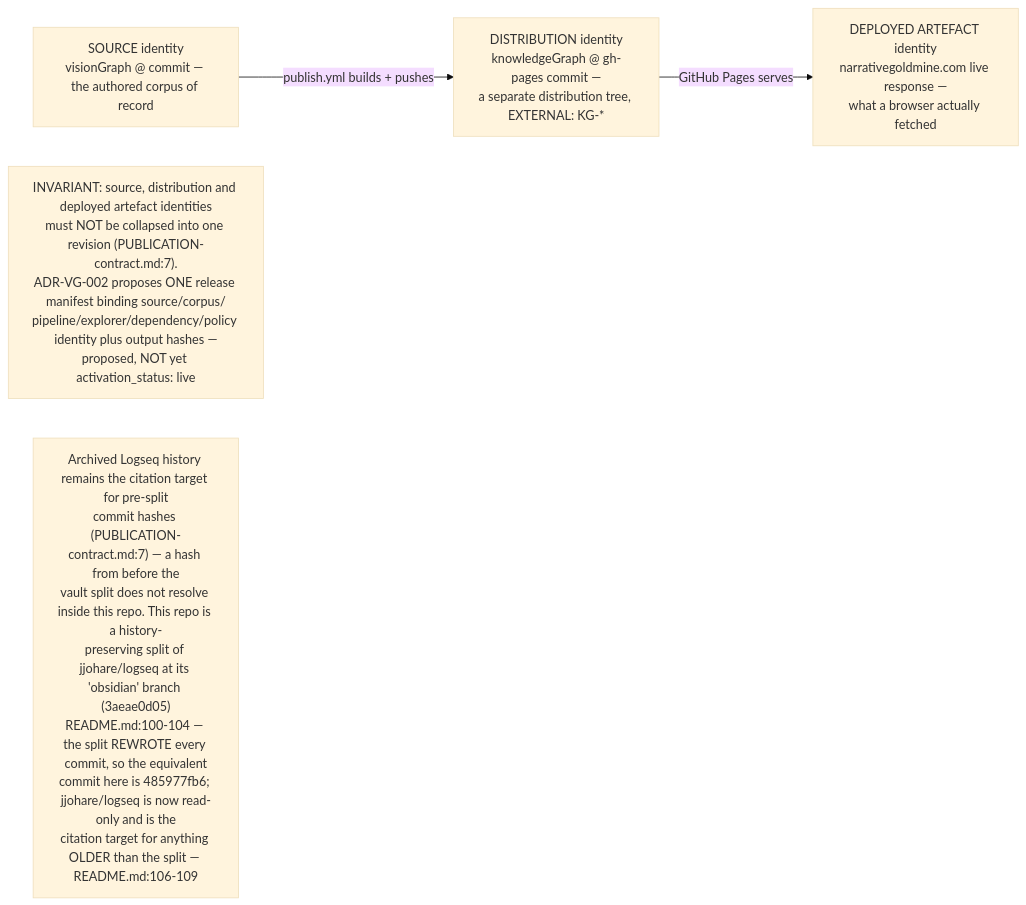
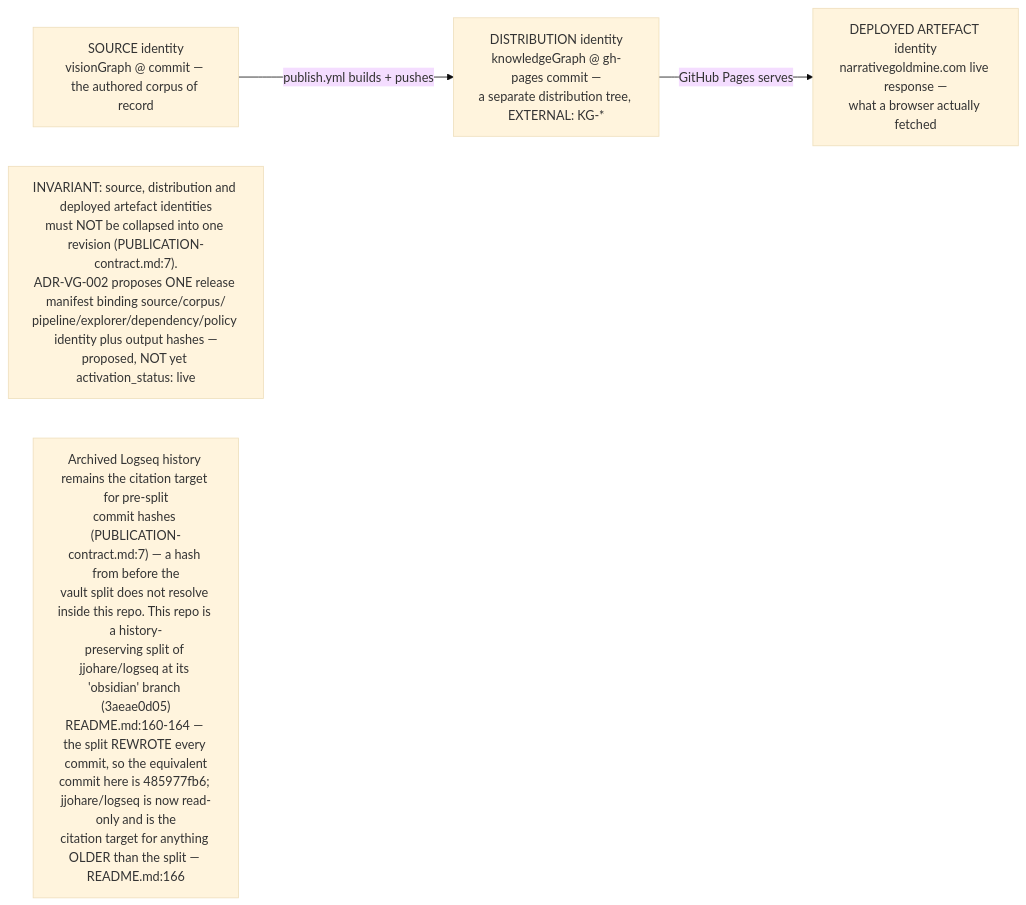
One commit to DreamLab-AI/VisionFlow changed the second of 2 diagrams in docs/diagrams/visiongraph/04-downstream-contracts.md. Above: the diagram before and after it, drawn with Mermaid (base theme). The commit also changed other lines of this file and 136 other files, not shown here.

First line of the commit message:
docs(diagrams): refresh the whole corpus to code HEAD and prune low-value diagrams

````diff
--- a/docs/diagrams/visiongraph/04-downstream-contracts.md
+++ b/docs/diagrams/visiongraph/04-downstream-contracts.md
@@ -53,10 +38,10 @@
 ```mermaid
 flowchart LR
     S["SOURCE identity<br/>visionGraph @ commit — the authored corpus of record"]
     D["DISTRIBUTION identity<br/>knowledgeGraph @ gh-pages commit —<br/>a separate distribution tree, EXTERNAL: KG-*"]
     A["DEPLOYED ARTEFACT identity<br/>narrativegoldmine.com live response —<br/>what a browser actually fetched"]
     S -->|"publish.yml builds + pushes"| D
     D -->|"GitHub Pages serves"| A
     note1["INVARIANT: source, distribution and deployed artefact identities<br/>must NOT be collapsed into one revision #40;PUBLICATION-contract.md:7#41;.<br/>ADR-VG-002 proposes ONE release manifest binding source/corpus/<br/>pipeline/explorer/dependency/policy identity plus output hashes —<br/>proposed, NOT yet activation_status: live"]
-    note2["Archived Logseq history remains the citation target for pre-split<br/>commit hashes #40;PUBLICATION-contract.md:7#41; — a hash from before the<br/>vault split does not resolve inside this repo. This repo is a history-<br/>preserving split of jjohare/logseq at its 'obsidian' branch #40;3aeae0d05#41;<br/>README.md:100-104 — the split REWROTE every commit, so the equivalent<br/>commit here is 485977fb6; jjohare/logseq is now read-only and is the<br/>citation target for anything OLDER than the split — README.md:106-109"]
+    note2["Archived Logseq history remains the citation target for pre-split<br/>commit hashes #40;PUBLICATION-contract.md:7#41; — a hash from before the<br/>vault split does not resolve inside this repo. This repo is a history-<br/>preserving split of jjohare/logseq at its 'obsidian' branch #40;3aeae0d05#41;<br/>README.md:160-164 — the split REWROTE every commit, so the equivalent<br/>commit here is 485977fb6; jjohare/logseq is now read-only and is the<br/>citation target for anything OLDER than the split — README.md:166"]
 ```
````
